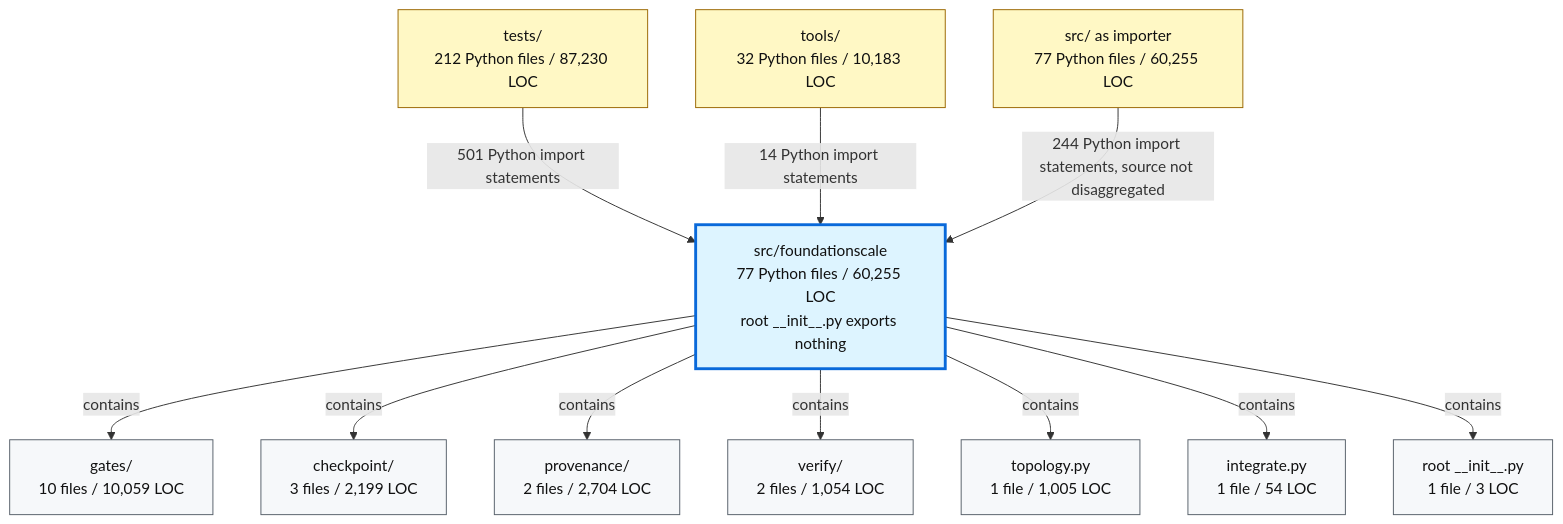
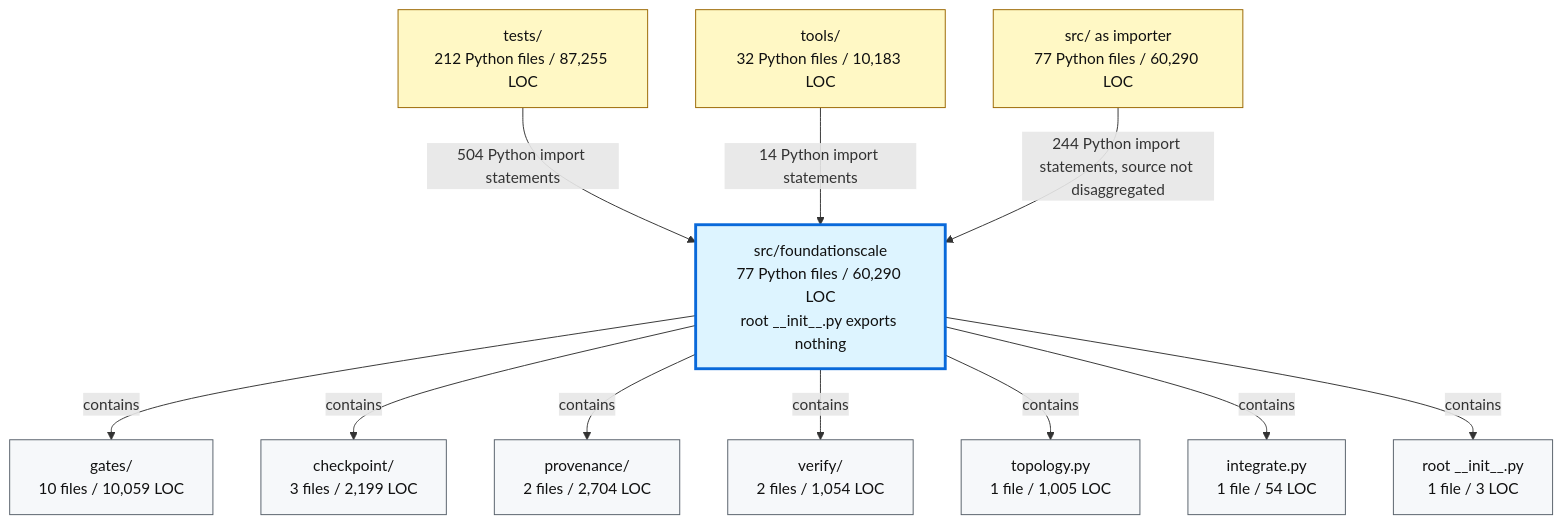
Before and after one commit to TranNhiem/FoundationScale: the second of 2 diagrams in docs/review/D2_current_architecture.md, drawn with Mermaid. The commit also changed other lines of this file and 14 other files, not shown here.

````diff
--- a/docs/review/D2_current_architecture.md
+++ b/docs/review/D2_current_architecture.md
@@ -97,36 +97,36 @@
 ```mermaid
 flowchart TB
-  TESTS["tests/<br/>212 Python files / 87,230 LOC"]
+  TESTS["tests/<br/>212 Python files / 87,255 LOC"]
   TOOLS["tools/<br/>32 Python files / 10,183 LOC"]
-  SRC["src/ as importer<br/>77 Python files / 60,255 LOC"]
+  SRC["src/ as importer<br/>77 Python files / 60,290 LOC"]
 
-  FS["src/foundationscale<br/>77 Python files / 60,255 LOC<br/>root __init__.py exports nothing"]
+  FS["src/foundationscale<br/>77 Python files / 60,290 LOC<br/>root __init__.py exports nothing"]
 
   GATES["gates/<br/>10 files / 10,059 LOC"]
   CKPT["checkpoint/<br/>3 files / 2,199 LOC"]
   PROV["provenance/<br/>2 files / 2,704 LOC"]
   VERIFY["verify/<br/>2 files / 1,054 LOC"]
   TOPO["topology.py<br/>1 file / 1,005 LOC"]
   INTEG["integrate.py<br/>1 file / 54 LOC"]
   ROOT["root __init__.py<br/>1 file / 3 LOC"]
 
-  TESTS -->|"501 Python import statements"| FS
+  TESTS -->|"504 Python import statements"| FS
   TOOLS -->|"14 Python import statements"| FS
   SRC -->|"244 Python import statements, source not disaggregated"| FS
 
   FS -->|"contains"| GATES
   FS -->|"contains"| CKPT
   FS -->|"contains"| PROV
   FS -->|"contains"| VERIFY
   FS -->|"contains"| TOPO
   FS -->|"contains"| INTEG
   FS -->|"contains"| ROOT
 
   classDef consumer fill:#fff8c5,stroke:#9a6700,color:#111;
   classDef package fill:#ddf4ff,stroke:#0969da,stroke-width:3px,color:#111;
   classDef module fill:#f6f8fa,stroke:#57606a,color:#111;
 
   class TESTS,TOOLS,SRC consumer;
   class FS package;
   class GATES,CKPT,PROV,VERIFY,TOPO,INTEG,ROOT module;
 ```
````
